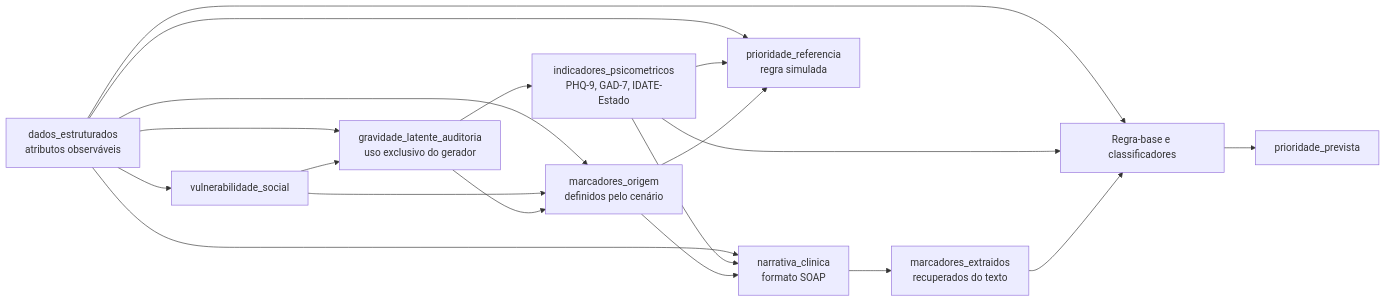
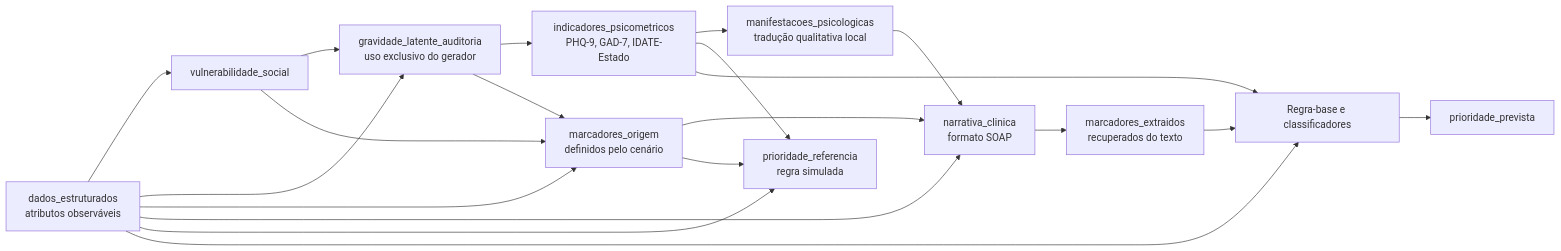
The diagram in docs/explanation/metodologia-e-fluxo.md (pauloregisms/pipeline_priorizacao_emulti_streamlit), drawn with Mermaid before and after one commit. The commit also changed other lines of this file and 98 other files, not shown here.

````diff
--- a/docs/explanation/metodologia-e-fluxo.md
+++ b/docs/explanation/metodologia-e-fluxo.md
@@ -5,21 +5,22 @@
 ```mermaid
 flowchart LR
     DADOS["dados_estruturados\natributos observáveis"] --> VULN["vulnerabilidade_social"]
     DADOS --> GRAV["gravidade_latente_auditoria\nuso exclusivo do gerador"]
     VULN --> GRAV
     GRAV --> INDIC["indicadores_psicometricos\nPHQ-9, GAD-7, IDATE-Estado"]
     DADOS --> ORIGEM["marcadores_origem\ndefinidos pelo cenário"]
     VULN --> ORIGEM
     GRAV --> ORIGEM
     DADOS --> NARR["narrativa_clinica\nformato SOAP"]
-    INDIC --> NARR
+    INDIC --> QUALI["manifestacoes_psicologicas\ntradução qualitativa local"]
+    QUALI --> NARR
     ORIGEM --> NARR
     NARR --> EXTRAIDOS["marcadores_extraidos\nrecuperados do texto"]
     DADOS --> REFERENCIA["prioridade_referencia\nregra simulada"]
     INDIC --> REFERENCIA
     ORIGEM --> REFERENCIA
     DADOS --> MODELOS["Regra-base e classificadores"]
     INDIC --> MODELOS
     EXTRAIDOS --> MODELOS
     MODELOS --> PREVISTA["prioridade_prevista"]
 ```
````
